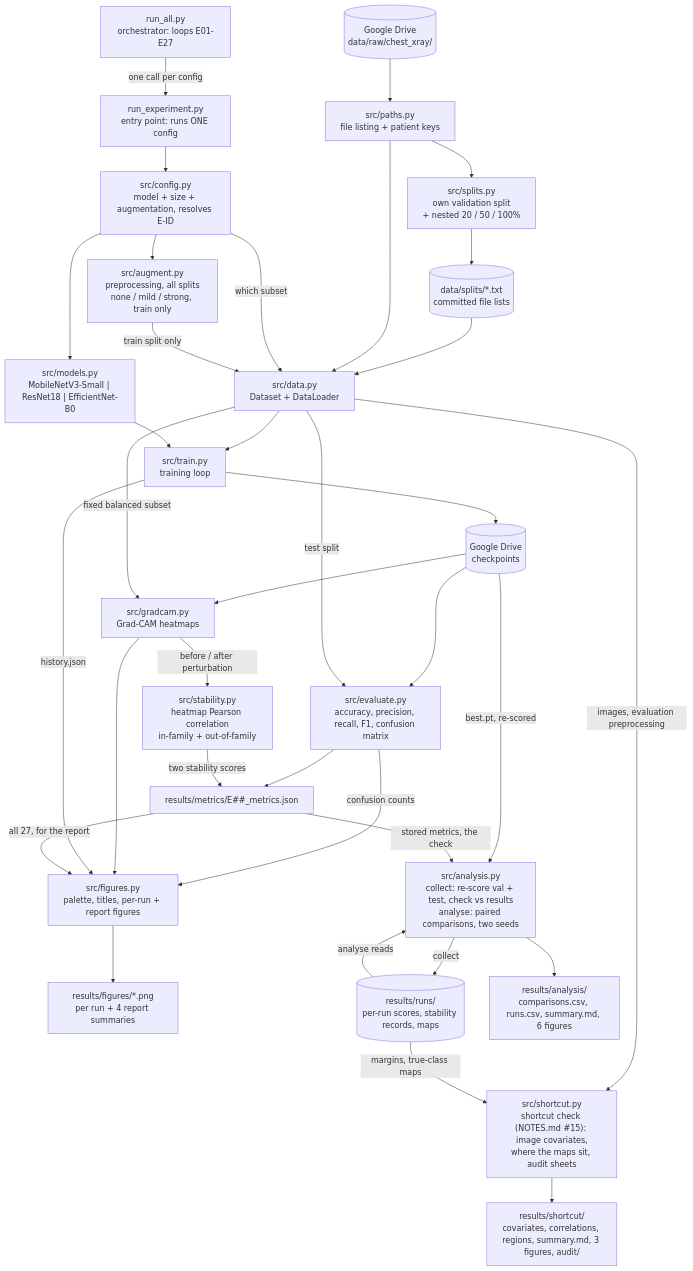
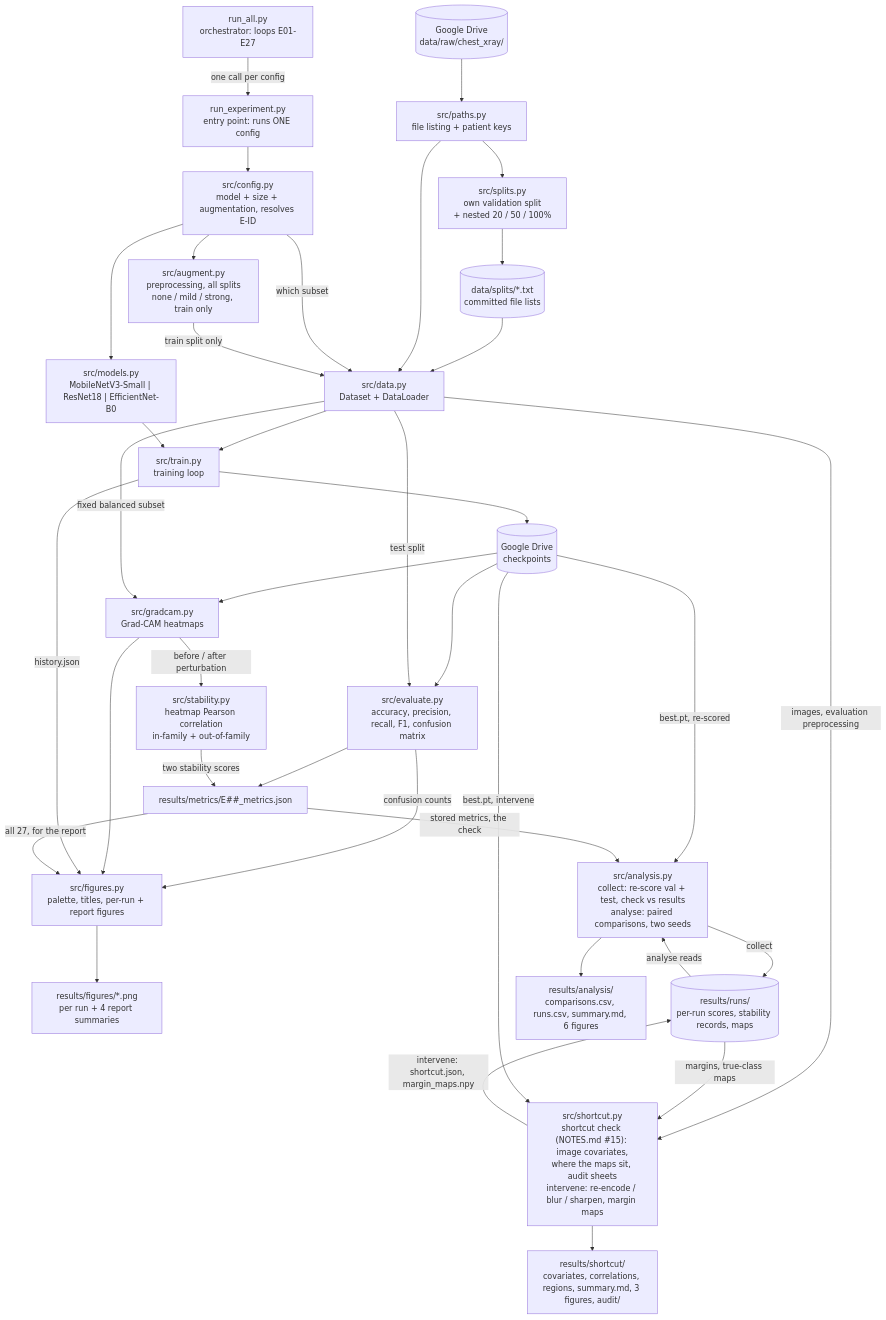
The diagram in docs/architecture.md (orbakish/limited-data-pneumonia-classification), drawn with Mermaid before and after one commit. The commit also changed other lines of this file and 1 other file, not shown here.

````diff
--- a/docs/architecture.md
+++ b/docs/architecture.md
@@ -14,73 +14,75 @@
 ```mermaid
 flowchart TD
     RA["run_all.py<br/>orchestrator: loops E01-E27"]
     RE["run_experiment.py<br/>entry point: runs ONE config"]
     CFG["src/config.py<br/>model + size + augmentation, resolves E-ID"]
 
     RA -->|"one call per config"| RE
     RE --> CFG
 
     RAW[("Google Drive<br/>data/raw/chest_xray/")]
     PTH["src/paths.py<br/>file listing + patient keys"]
     SPL["src/splits.py<br/>own validation split<br/>+ nested 20 / 50 / 100%"]
     LST[("data/splits/*.txt<br/>committed file lists")]
     DS["src/data.py<br/>Dataset + DataLoader"]
     AUG["src/augment.py<br/>preprocessing, all splits<br/>none / mild / strong, train only"]
 
     RAW --> PTH
     PTH --> SPL
     SPL --> LST
     LST --> DS
     PTH --> DS
     CFG -->|"which subset"| DS
     AUG -->|"train split only"| DS
     CFG --> AUG
 
     MOD["src/models.py<br/>MobileNetV3-Small | ResNet18 | EfficientNet-B0"]
     TR["src/train.py<br/>training loop"]
     CKPT[("Google Drive<br/>checkpoints")]
 
     CFG --> MOD
     DS --> TR
     MOD --> TR
     TR --> CKPT
 
     EV["src/evaluate.py<br/>accuracy, precision, recall, F1, confusion matrix"]
     GC["src/gradcam.py<br/>Grad-CAM heatmaps"]
     ST["src/stability.py<br/>heatmap Pearson correlation<br/>in-family + out-of-family"]
 
     CKPT --> EV
     CKPT --> GC
     DS -->|"test split"| EV
     DS -->|"fixed balanced subset"| GC
     GC -->|"before / after perturbation"| ST
 
     FG["src/figures.py<br/>palette, titles, per-run + report figures"]
     MET["results/metrics/E##_metrics.json"]
     FIG["results/figures/*.png<br/>per run + 4 report summaries"]
 
     EV --> MET
     ST -->|"two stability scores"| MET
     EV -->|"confusion counts"| FG
     GC --> FG
     TR -->|"history.json"| FG
     MET -->|"all 27, for the report"| FG
     FG --> FIG
 
     AN["src/analysis.py<br/>collect: re-score val + test, check vs results<br/>analyse: paired comparisons, two seeds"]
     RUNS[("results/runs/<br/>per-run scores, stability records, maps")]
     OUT["results/analysis/<br/>comparisons.csv, runs.csv, summary.md, 6 figures"]
 
     CKPT -->|"best.pt, re-scored"| AN
     MET -->|"stored metrics, the check"| AN
     AN -->|"collect"| RUNS
     RUNS -->|"analyse reads"| AN
     AN --> OUT
 
-    SC["src/shortcut.py<br/>shortcut check (NOTES.md #15): image covariates,<br/>where the maps sit, audit sheets"]
+    SC["src/shortcut.py<br/>shortcut check (NOTES.md #15): image covariates,<br/>where the maps sit, audit sheets<br/>intervene: re-encode / blur / sharpen, margin maps"]
     SCO["results/shortcut/<br/>covariates, correlations, regions, summary.md, 3 figures, audit/"]
 
     DS -->|"images, evaluation preprocessing"| SC
     RUNS -->|"margins, true-class maps"| SC
+    CKPT -->|"best.pt, intervene"| SC
+    SC -->|"intervene: shortcut.json, margin_maps.npy"| RUNS
     SC --> SCO
 ```
````
